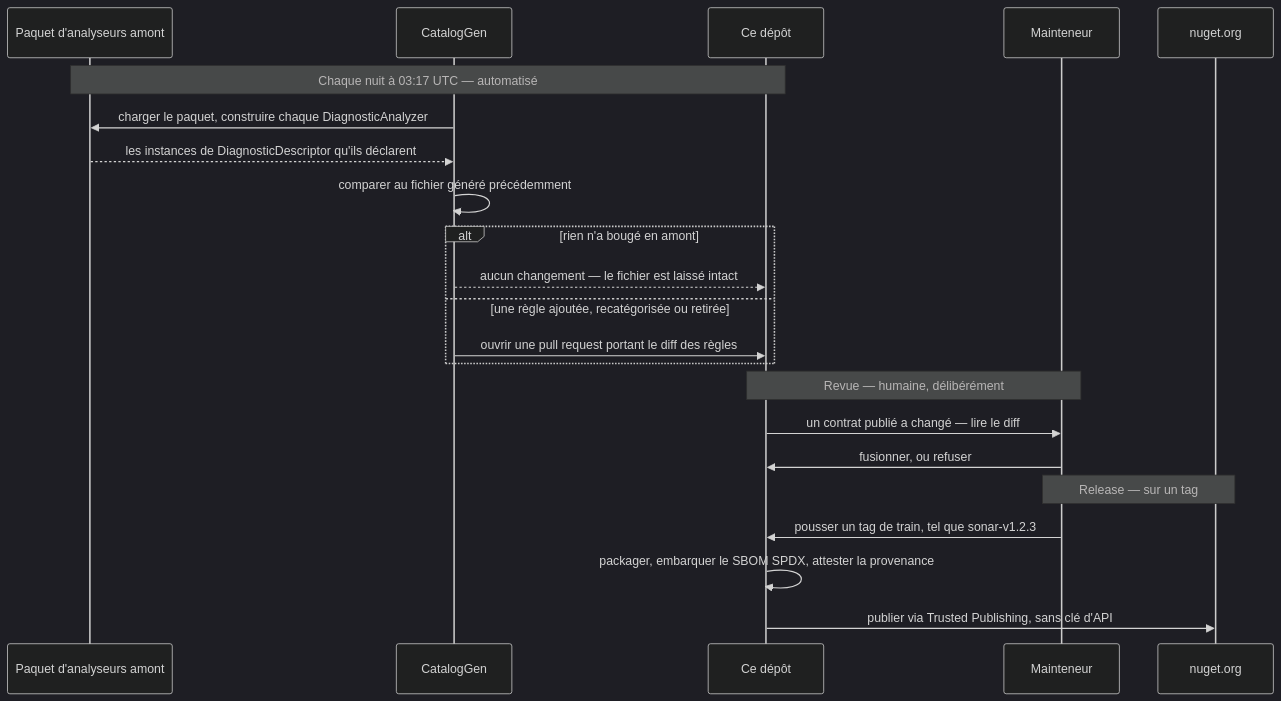
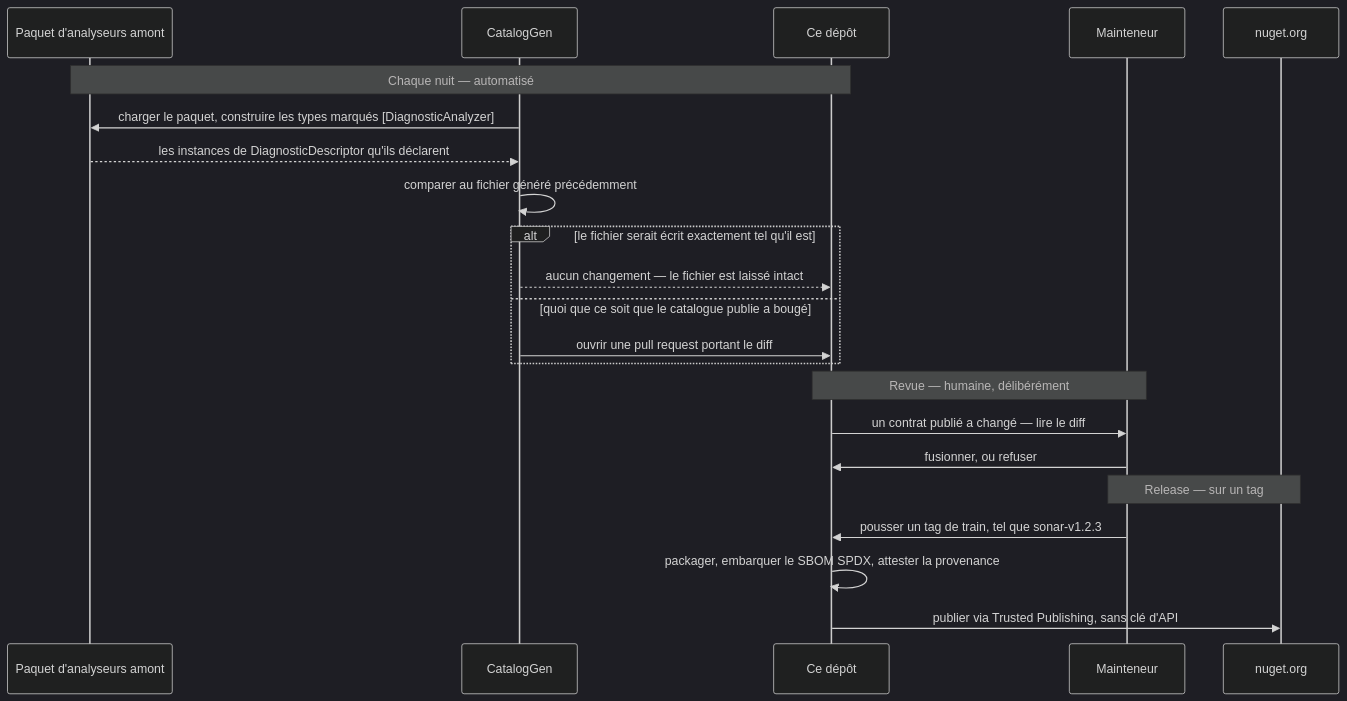
Before and after one commit to Reefact/diagnostic-catalog: the diagram in doc/README.fr.md, drawn with Mermaid (dark theme). The commit also changed other lines of this file and 70 other files, not shown here.

````diff
--- a/doc/README.fr.md
+++ b/doc/README.fr.md
@@ -120,27 +249,27 @@
 ```mermaid
 sequenceDiagram
     participant U as Paquet d'analyseurs amont
     participant G as CatalogGen
     participant R as Ce dépôt
     participant M as Mainteneur
     participant N as nuget.org
 
-    Note over U,R: Chaque nuit à 03:17 UTC — automatisé
-    G->>U: charger le paquet, construire chaque DiagnosticAnalyzer
+    Note over U,R: Chaque nuit — automatisé
+    G->>U: charger le paquet, construire les types marqués [DiagnosticAnalyzer]
     U-->>G: les instances de DiagnosticDescriptor qu'ils déclarent
     G->>G: comparer au fichier généré précédemment
-    alt rien n'a bougé en amont
+    alt le fichier serait écrit exactement tel qu'il est
         G-->>R: aucun changement — le fichier est laissé intact
-    else une règle ajoutée, recatégorisée ou retirée
-        G->>R: ouvrir une pull request portant le diff des règles
+    else quoi que ce soit que le catalogue publie a bougé
+        G->>R: ouvrir une pull request portant le diff
     end
 
     Note over R,M: Revue — humaine, délibérément
     R->>M: un contrat publié a changé — lire le diff
     M->>R: fusionner, ou refuser
 
     Note over M,N: Release — sur un tag
     M->>R: pousser un tag de train, tel que sonar-v1.2.3
     R->>R: packager, embarquer le SBOM SPDX, attester la provenance
     R->>N: publier via Trusted Publishing, sans clé d'API
 ```
````
